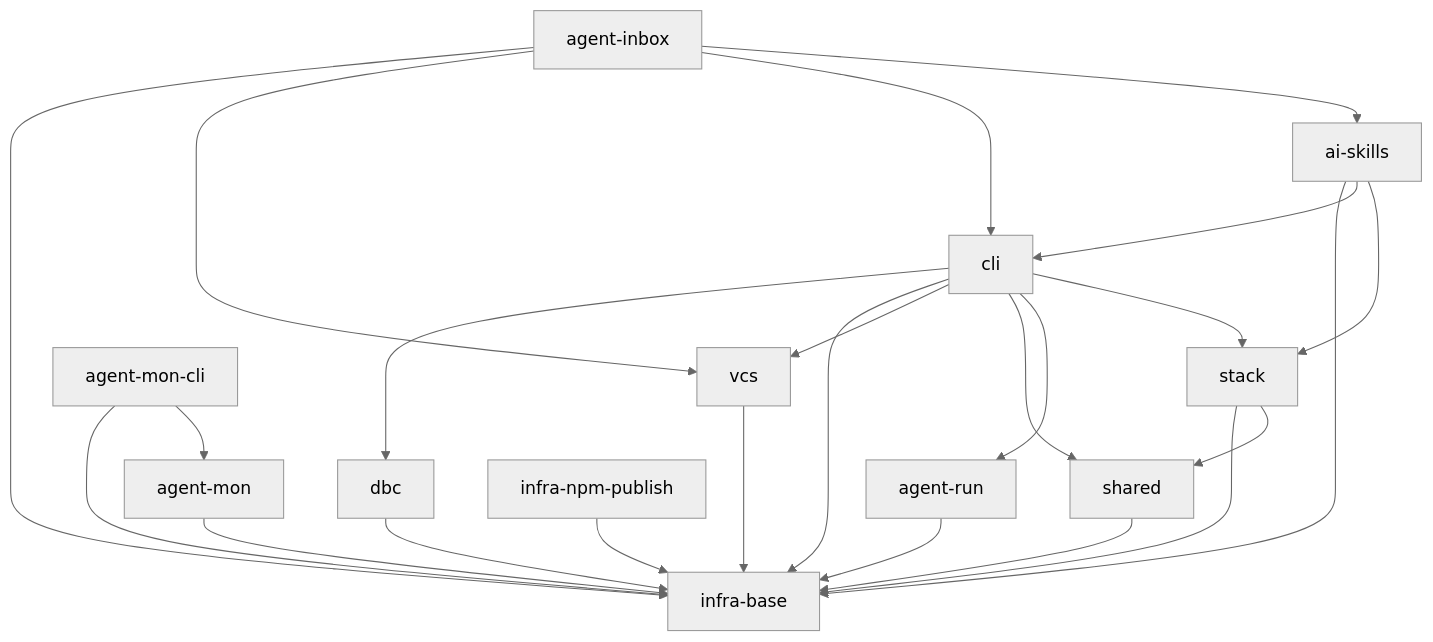
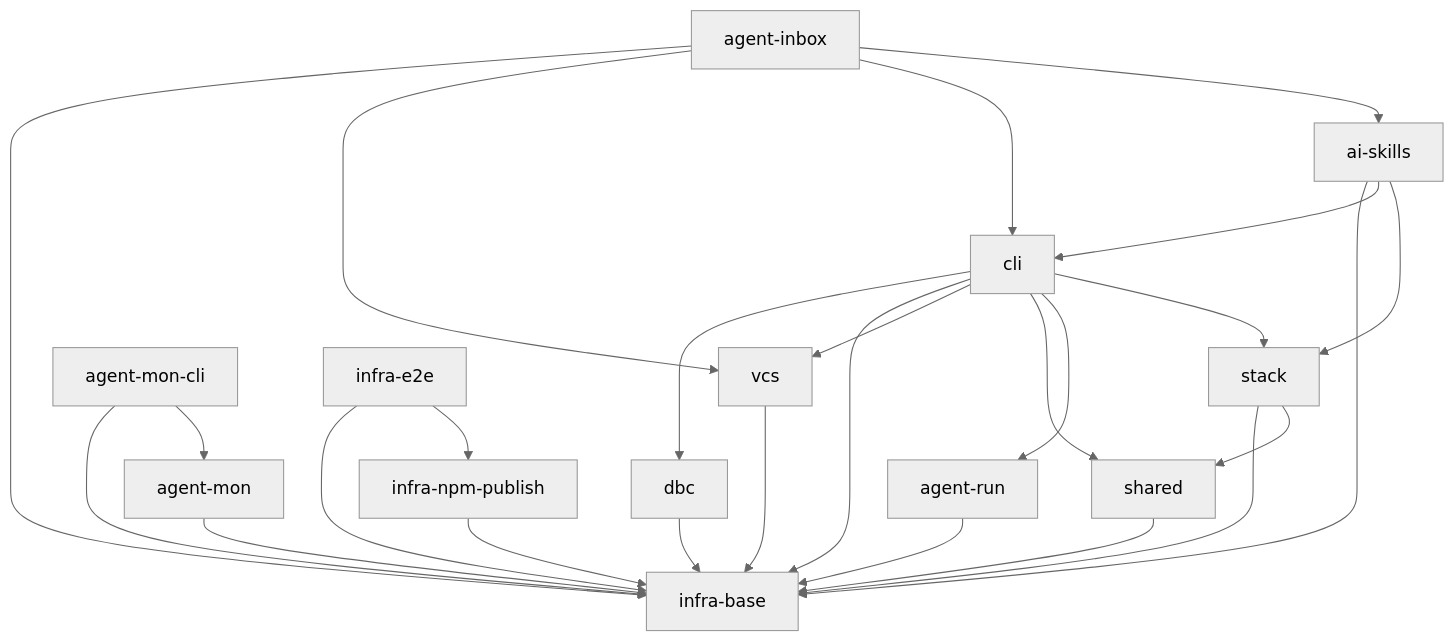
The diagram in specs/README.md (RubaXa/gennady), drawn with Mermaid (neutral theme) before and after one commit. The commit also changed other lines of this file and 7 other files, not shown here.

````diff
--- a/specs/README.md
+++ b/specs/README.md
@@ -9,26 +9,28 @@
 ```mermaid
 graph TD
     cli --> dbc
     cli --> infra-base
     cli --> vcs
     cli --> shared
     dbc --> infra-base
     vcs --> infra-base
     agent-mon --> infra-base
     agent-mon-cli --> infra-base
     agent-mon-cli --> agent-mon
     agent-run --> infra-base
     cli --> agent-run
     ai-skills --> infra-base
     ai-skills --> cli
     infra-npm-publish --> infra-base
     agent-inbox --> infra-base
     agent-inbox --> vcs
     agent-inbox --> cli
     agent-inbox --> ai-skills
     shared --> infra-base
+    infra-e2e --> infra-base
+    infra-e2e --> infra-npm-publish
     stack --> infra-base
     stack --> shared
     cli --> stack
     ai-skills --> stack
 ```
````
